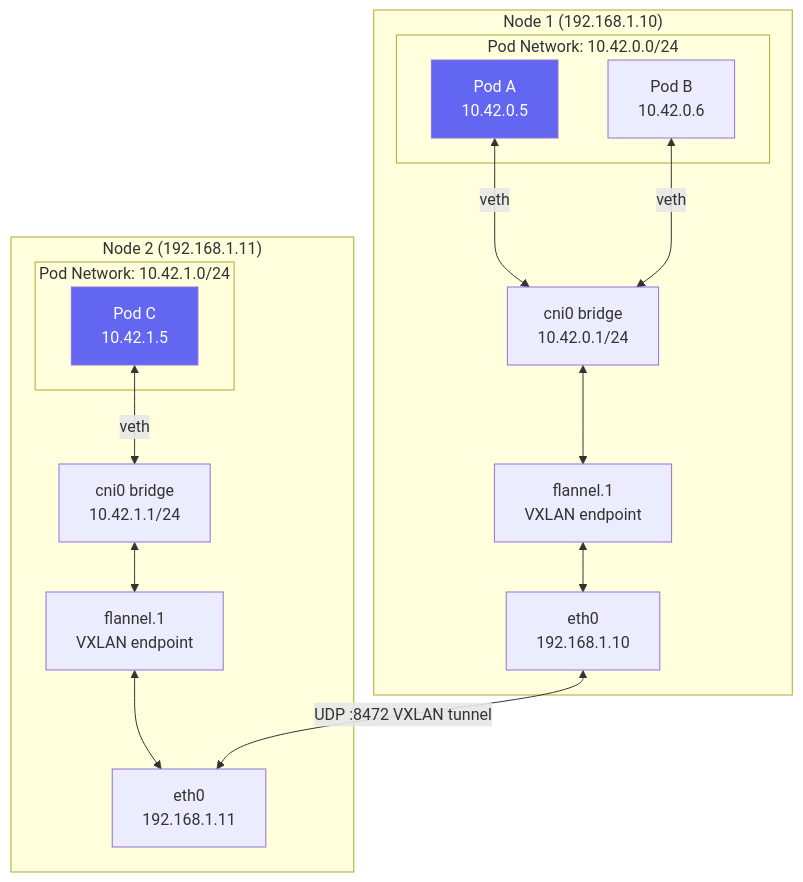
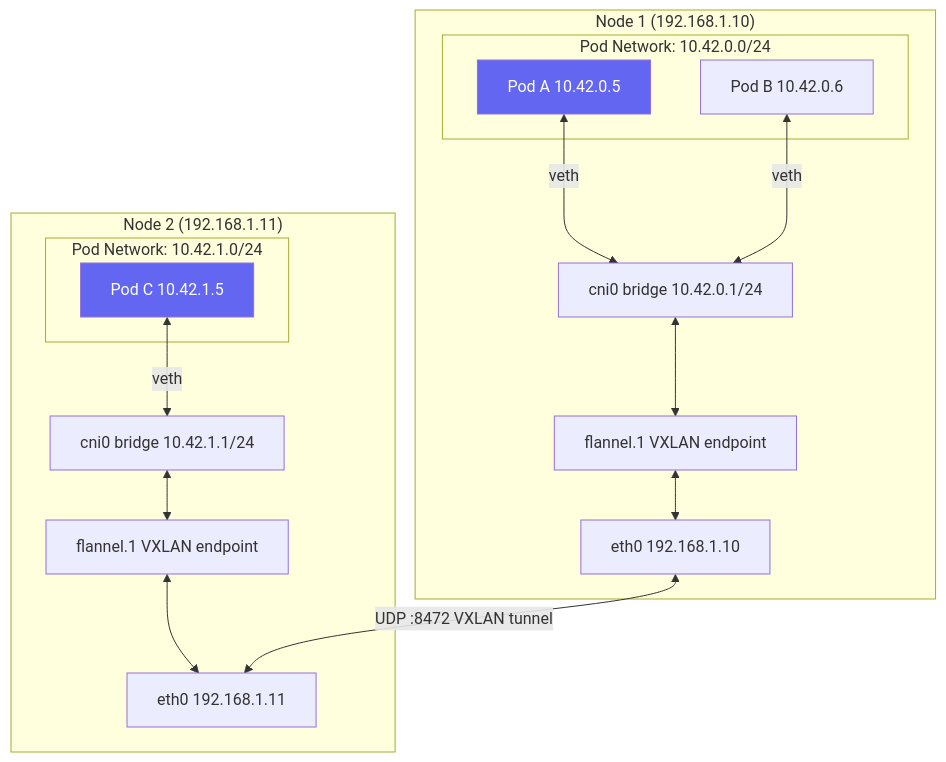
Before and after one commit to UncleJS/course_k3s: the second of 3 diagrams in 04_networking/01_flannel_and_cni.md, drawn with Mermaid. The commit also changed other lines of this file and 57 other files, not shown here.

````diff
--- a/04_networking/01_flannel_and_cni.md
+++ b/04_networking/01_flannel_and_cni.md
@@ -77,33 +77,33 @@
 ```mermaid
 graph TB
     subgraph "Node 1 (192.168.1.10)"
         subgraph "Pod Network: 10.42.0.0/24"
-            P1[Pod A\n10.42.0.5]
-            P2[Pod B\n10.42.0.6]
+            P1[Pod A 10.42.0.5]
+            P2[Pod B 10.42.0.6]
         end
-        BR1[cni0 bridge\n10.42.0.1/24]
-        VX1[flannel.1\nVXLAN endpoint]
-        ETH1[eth0\n192.168.1.10]
+        BR1[cni0 bridge 10.42.0.1/24]
+        VX1[flannel.1 VXLAN endpoint]
+        ETH1[eth0 192.168.1.10]
         P1 <-->|veth| BR1
         P2 <-->|veth| BR1
         BR1 <--> VX1
         VX1 <--> ETH1
     end
 
     subgraph "Node 2 (192.168.1.11)"
         subgraph "Pod Network: 10.42.1.0/24"
-            P3[Pod C\n10.42.1.5]
+            P3[Pod C 10.42.1.5]
         end
-        BR2[cni0 bridge\n10.42.1.1/24]
-        VX2[flannel.1\nVXLAN endpoint]
-        ETH2[eth0\n192.168.1.11]
+        BR2[cni0 bridge 10.42.1.1/24]
+        VX2[flannel.1 VXLAN endpoint]
+        ETH2[eth0 192.168.1.11]
         P3 <-->|veth| BR2
         BR2 <--> VX2
         VX2 <--> ETH2
     end
 
     ETH1 <-->|"UDP :8472 VXLAN tunnel"| ETH2
 
     style P1 fill:#6366f1,color:#fff
     style P3 fill:#6366f1,color:#fff
 ```
````
